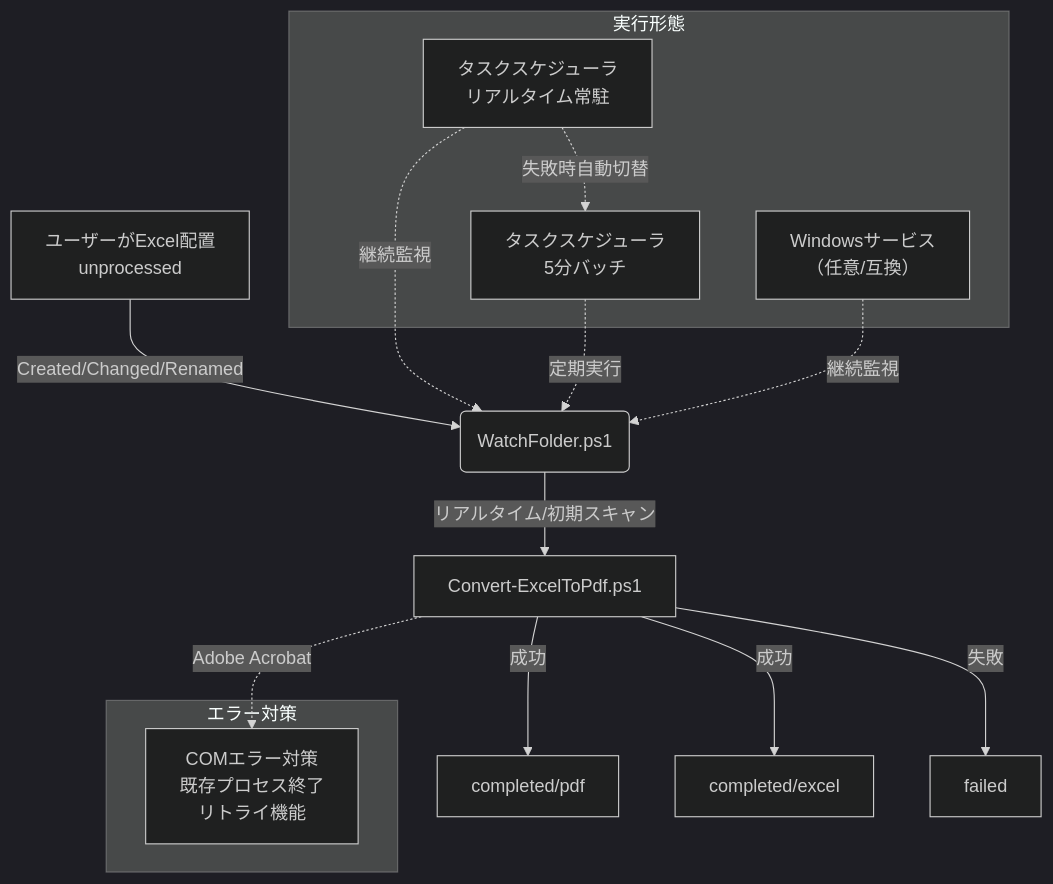
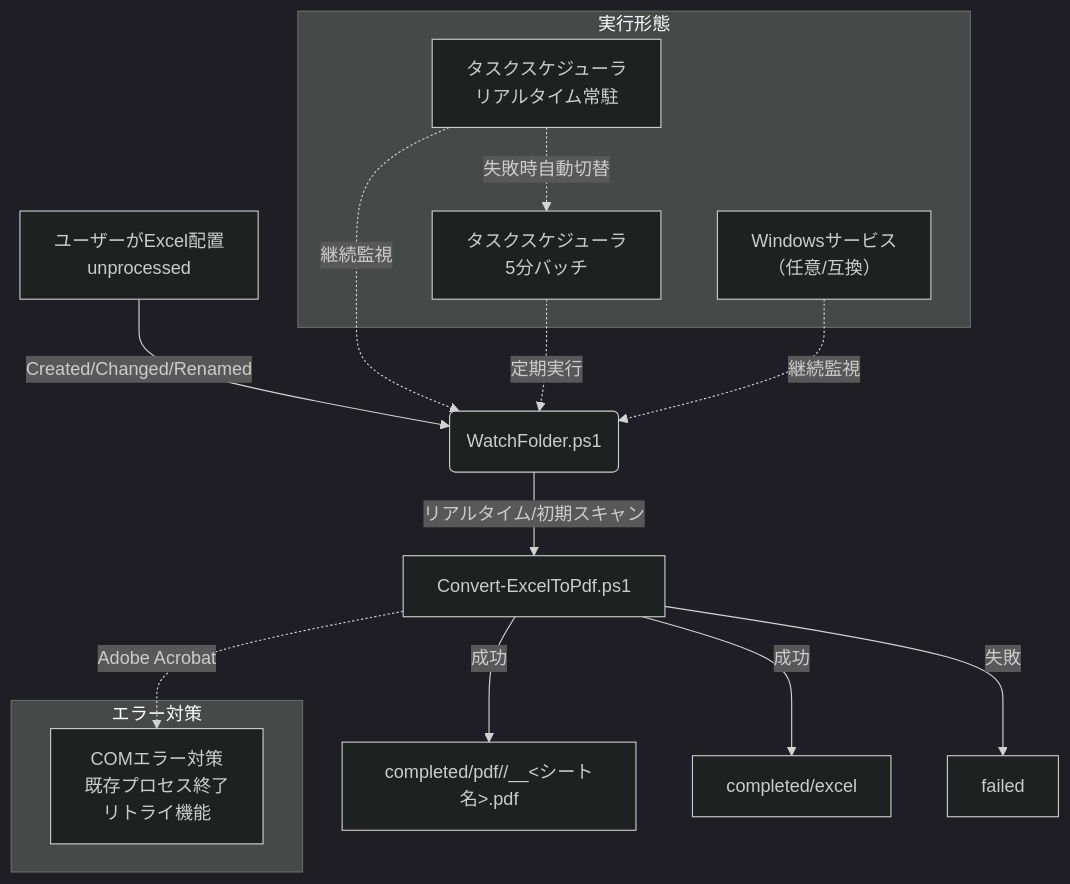
Before and after one commit to check5004/excel-to-pdf-by-acrobat: the diagram in README.md, drawn with Mermaid (dark theme). The commit also changed other lines of this file and 1 other file, not shown here.

````diff
--- a/README.md
+++ b/README.md
@@ -265,23 +216,23 @@
 ```mermaid
 flowchart TD
     U[ユーザーがExcel配置\nunprocessed] -->|Created/Changed/Renamed| W(WatchFolder.ps1)
     W -->|リアルタイム/初期スキャン| C[Convert-ExcelToPdf.ps1]
-    C -->|成功| P[completed/pdf]
+    C -->|成功| P[completed/pdf/<Excel名>/<Excel名>__<シート名>.pdf]
     C -->|成功| E[completed/excel]
     C -->|失敗| F[failed]
 
     subgraph 実行形態
         RT[タスクスケジューラ<br/>リアルタイム常駐] -.->|失敗時自動切替| Batch[タスクスケジューラ<br/>5分バッチ]
         Svc[Windowsサービス<br/>（任意/互換）]
     end
 
     RT -.->|継続監視| W
     Batch -.->|定期実行| W
     Svc -.->|継続監視| W
 
     subgraph エラー対策
         COM[COMエラー対策<br/>既存プロセス終了<br/>リトライ機能]
     end
 
     C -.->|Adobe Acrobat| COM
 ```
````
